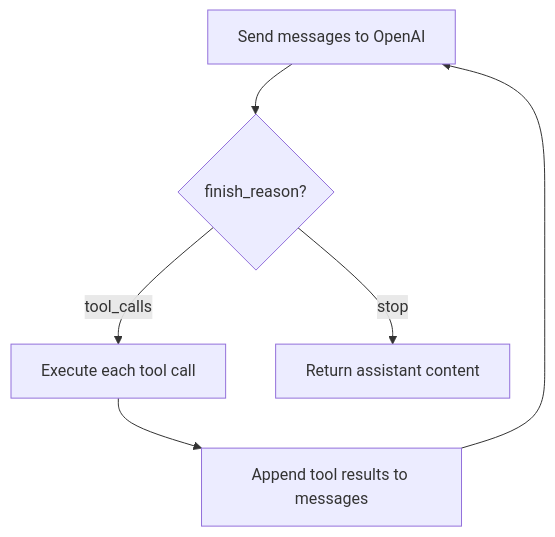
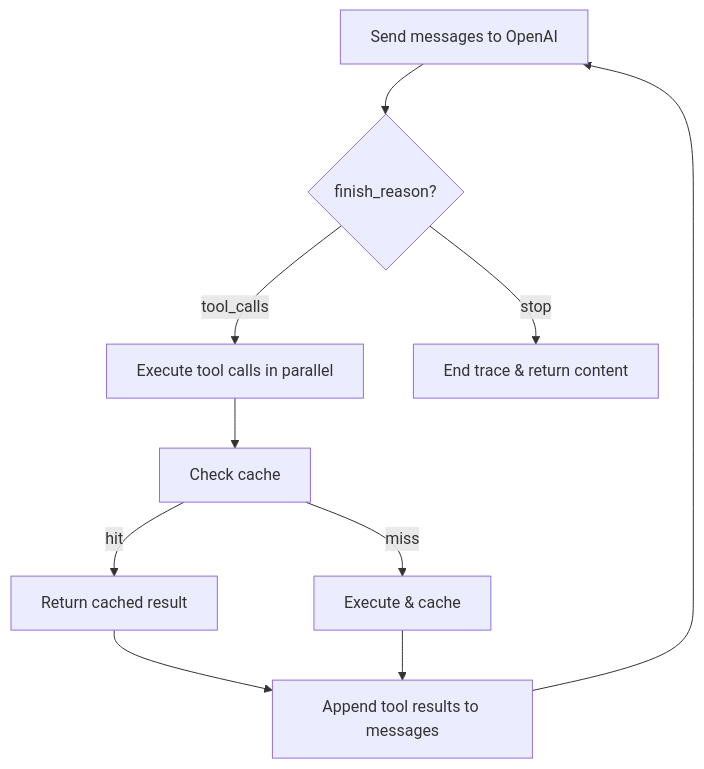
The fifth of 6 diagrams in README.md (camercadop/ai-universal-converter), drawn with Mermaid before and after one commit. The commit also changed other lines of this file and 18 other files, not shown here.

Commit message:
feat(runtime): enhance LLMRuntime with observability, parallel tool execution, and caching

````diff
--- a/README.md
+++ b/README.md
@@ -162,8 +190,12 @@
 ```mermaid
 flowchart TD
     A[Send messages to OpenAI] --> B{finish_reason?}
-    B -->|tool_calls| C[Execute each tool call]
-    C --> D[Append tool results to messages]
-    D --> A
-    B -->|stop| E[Return assistant content]
+    B -->|tool_calls| C[Execute tool calls in parallel]
+    C --> C1[Check cache]
+    C1 -->|hit| D[Return cached result]
+    C1 -->|miss| E[Execute & cache]
+    D --> F[Append tool results to messages]
+    E --> F
+    F --> A
+    B -->|stop| G[End trace & return content]
 ```
````
